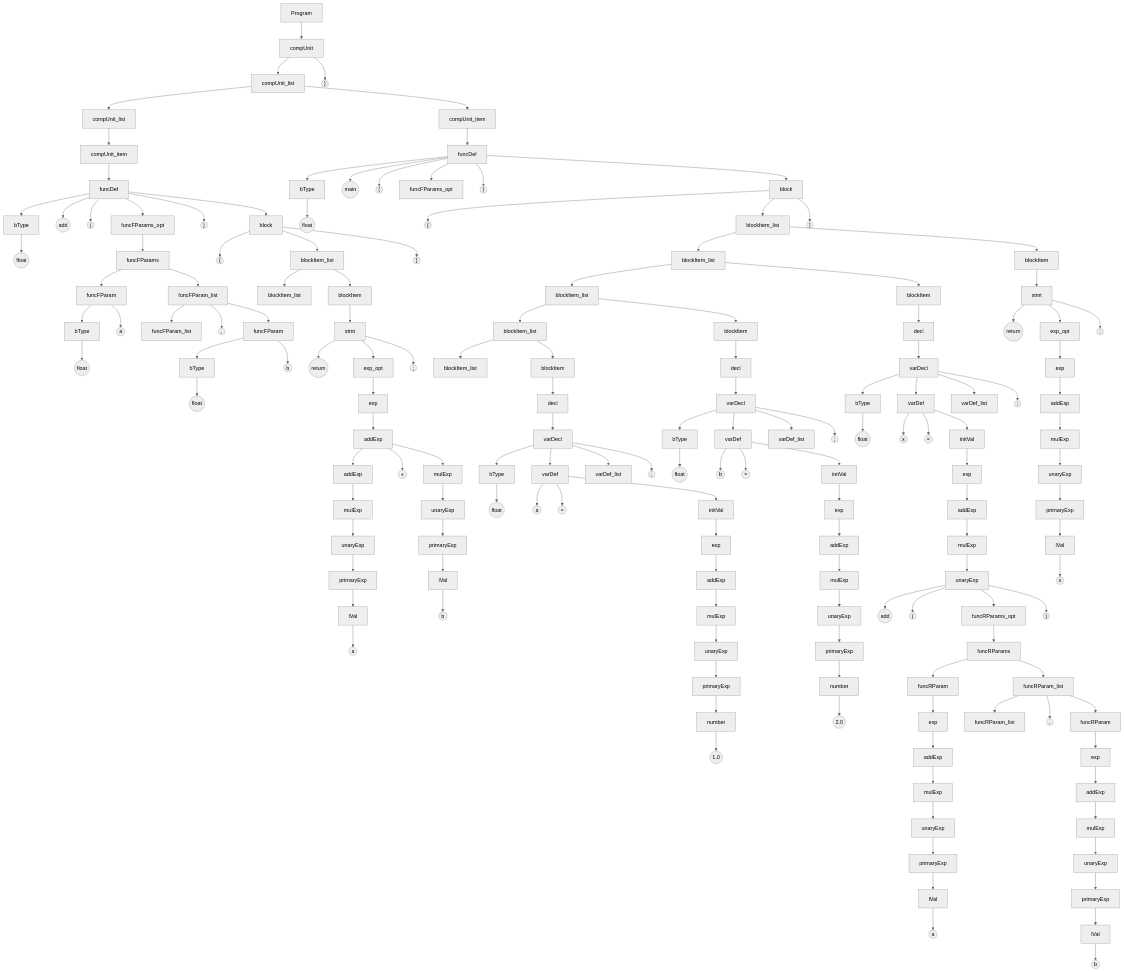
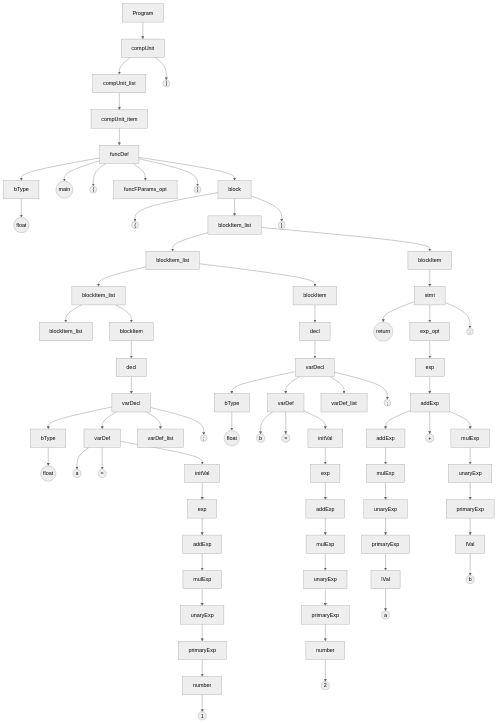
The diagram in case/testflo_parse_tree.md (Bobchasm/SLR1-compiler), drawn with Mermaid (neutral theme) before and after one commit. The commit also changed 5 other files, not shown here.

````diff
--- a/case/testflo_parse_tree.md
+++ b/case/testflo_parse_tree.md
@@ -5,302 +5,146 @@
     N0 --> N1
     N2[compUnit_list]
     N1 --> N2
-    N3[compUnit_list]
+    N3[compUnit_item]
     N2 --> N3
-    N4[compUnit_item]
+    N4[funcDef]
     N3 --> N4
-    N5[funcDef]
+    N5[bType]
     N4 --> N5
-    N6[bType]
+    N6(("float"))
     N5 --> N6
-    N7(("float"))
-    N6 --> N7
-    N8(("add"))
-    N5 --> N8
-    N9(("("))
-    N5 --> N9
-    N10[funcFParams_opt]
-    N5 --> N10
-    N11[funcFParams]
-    N10 --> N11
-    N12[funcFParam]
+    N7(("main"))
+    N4 --> N7
+    N8(("("))
+    N4 --> N8
+    N9[funcFParams_opt]
+    N4 --> N9
+    N10((")"))
+    N4 --> N10
+    N11[block]
+    N4 --> N11
+    N12(("{"))
     N11 --> N12
-    N13[bType]
-    N12 --> N13
-    N14(("float"))
+    N13[blockItem_list]
+    N11 --> N13
+    N14[blockItem_list]
     N13 --> N14
-    N15(("a"))
-    N12 --> N15
-    N16[funcFParam_list]
-    N11 --> N16
-    N17[funcFParam_list]
-    N16 --> N17
-    N18((","))
-    N16 --> N18
-    N19[funcFParam]
-    N16 --> N19
+    N15[blockItem_list]
+    N14 --> N15
+    N16[blockItem_list]
+    N15 --> N16
+    N17[blockItem]
+    N15 --> N17
+    N18[decl]
+    N17 --> N18
+    N19[varDecl]
+    N18 --> N19
     N20[bType]
     N19 --> N20
     N21(("float"))
     N20 --> N21
-    N22(("b"))
+    N22[varDef]
     N19 --> N22
-    N23((")"))
-    N5 --> N23
-    N24[block]
-    N5 --> N24
-    N25(("{"))
-    N24 --> N25
-    N26[blockItem_list]
-    N24 --> N26
-    N27[blockItem_list]
+    N23(("a"))
+    N22 --> N23
+    N24(("="))
+    N22 --> N24
+    N25[initVal]
+    N22 --> N25
+    N26[exp]
+    N25 --> N26
+    N27[addExp]
     N26 --> N27
-    N28[blockItem]
-    N26 --> N28
-    N29[stmt]
+    N28[mulExp]
+    N27 --> N28
+    N29[unaryExp]
     N28 --> N29
-    N30(("return"))
+    N30[primaryExp]
     N29 --> N30
-    N31[exp_opt]
-    N29 --> N31
-    N32[exp]
+    N31[number]
+    N30 --> N31
+    N32(("1"))
     N31 --> N32
-    N33[addExp]
-    N32 --> N33
-    N34[addExp]
-    N33 --> N34
-    N35[mulExp]
-    N34 --> N35
-    N36[unaryExp]
+    N33[varDef_list]
+    N19 --> N33
+    N34((";"))
+    N19 --> N34
+    N35[blockItem]
+    N14 --> N35
+    N36[decl]
     N35 --> N36
-    N37[primaryExp]
+    N37[varDecl]
     N36 --> N37
-    N38[lVal]
+    N38[bType]
     N37 --> N38
-    N39(("a"))
+    N39(("float"))
     N38 --> N39
-    N40(("+"))
-    N33 --> N40
-    N41[mulExp]
-    N33 --> N41
-    N42[unaryExp]
-    N41 --> N42
-    N43[primaryExp]
-    N42 --> N43
-    N44[lVal]
+    N40[varDef]
+    N37 --> N40
+    N41(("b"))
+    N40 --> N41
+    N42(("="))
+    N40 --> N42
+    N43[initVal]
+    N40 --> N43
+    N44[exp]
     N43 --> N44
-    N45(("b"))
+    N45[addExp]
     N44 --> N45
-    N46((";"))
-    N29 --> N46
-    N47(("}"))
-    N24 --> N47
-    N48[compUnit_item]
-    N2 --> N48
-    N49[funcDef]
+    N46[mulExp]
+    N45 --> N46
+    N47[unaryExp]
+    N46 --> N47
+    N48[primaryExp]
+    N47 --> N48
+    N49[number]
     N48 --> N49
-    N50[bType]
+    N50(("2"))
     N49 --> N50
-    N51(("float"))
-    N50 --> N51
-    N52(("main"))
-    N49 --> N52
-    N53(("("))
-    N49 --> N53
-    N54[funcFParams_opt]
-    N49 --> N54
-    N55((")"))
-    N49 --> N55
-    N56[block]
-    N49 --> N56
-    N57(("{"))
+    N51[varDef_list]
+    N37 --> N51
+    N52((";"))
+    N37 --> N52
+    N53[blockItem]
+    N13 --> N53
+    N54[stmt]
+    N53 --> N54
+    N55(("return"))
+    N54 --> N55
+    N56[exp_opt]
+    N54 --> N56
+    N57[exp]
     N56 --> N57
-    N58[blockItem_list]
-    N56 --> N58
-    N59[blockItem_list]
+    N58[addExp]
+    N57 --> N58
+    N59[addExp]
     N58 --> N59
-    N60[blockItem_list]
+    N60[mulExp]
     N59 --> N60
-    N61[blockItem_list]
+    N61[unaryExp]
     N60 --> N61
-    N62[blockItem_list]
+    N62[primaryExp]
     N61 --> N62
-    N63[blockItem]
-    N61 --> N63
-    N64[decl]
+    N63[lVal]
+    N62 --> N63
+    N64(("a"))
     N63 --> N64
-    N65[varDecl]
-    N64 --> N65
-    N66[bType]
-    N65 --> N66
-    N67(("float"))
+    N65(("+"))
+    N58 --> N65
+    N66[mulExp]
+    N58 --> N66
+    N67[unaryExp]
     N66 --> N67
-    N68[varDef]
-    N65 --> N68
-    N69(("a"))
+    N68[primaryExp]
+    N67 --> N68
+    N69[lVal]
     N68 --> N69
-    N70(("="))
-    N68 --> N70
-    N71[initVal]
-    N68 --> N71
-    N72[exp]
-    N71 --> N72
-    N73[addExp]
-    N72 --> N73
-    N74[mulExp]
-    N73 --> N74
-    N75[unaryExp]
-    N74 --> N75
-    N76[primaryExp]
-    N75 --> N76
-    N77[number]
-    N76 --> N77
-    N78(("1.0"))
-    N77 --> N78
-    N79[varDef_list]
-    N65 --> N79
-    N80((";"))
-    N65 --> N80
-    N81[blockItem]
-    N60 --> N81
-    N82[decl]
-    N81 --> N82
-    N83[varDecl]
-    N82 --> N83
-    N84[bType]
-    N83 --> N84
-    N85(("float"))
-    N84 --> N85
-    N86[varDef]
-    N83 --> N86
-    N87(("b"))
-    N86 --> N87
-    N88(("="))
-    N86 --> N88
-    N89[initVal]
-    N86 --> N89
-    N90[exp]
-    N89 --> N90
-    N91[addExp]
-    N90 --> N91
-    N92[mulExp]
-    N91 --> N92
-    N93[unaryExp]
-    N92 --> N93
-    N94[primaryExp]
-    N93 --> N94
-    N95[number]
-    N94 --> N95
-    N96(("2.0"))
-    N95 --> N96
-    N97[varDef_list]
-    N83 --> N97
-    N98((";"))
-    N83 --> N98
-    N99[blockItem]
-    N59 --> N99
-    N100[decl]
-    N99 --> N100
-    N101[varDecl]
-    N100 --> N101
-    N102[bType]
-    N101 --> N102
-    N103(("float"))
-    N102 --> N103
-    N104[varDef]
-    N101 --> N104
-    N105(("x"))
-    N104 --> N105
-    N106(("="))
-    N104 --> N106
-    N107[initVal]
-    N104 --> N107
-    N108[exp]
-    N107 --> N108
-    N109[addExp]
-    N108 --> N109
-    N110[mulExp]
-    N109 --> N110
-    N111[unaryExp]
-    N110 --> N111
-    N112(("add"))
-    N111 --> N112
-    N113(("("))
-    N111 --> N113
-    N114[funcRParams_opt]
-    N111 --> N114
-    N115[funcRParams]
-    N114 --> N115
-    N116[funcRParam]
-    N115 --> N116
-    N117[exp]
-    N116 --> N117
-    N118[addExp]
-    N117 --> N118
-    N119[mulExp]
-    N118 --> N119
-    N120[unaryExp]
-    N119 --> N120
-    N121[primaryExp]
-    N120 --> N121
-    N122[lVal]
-    N121 --> N122
-    N123(("a"))
-    N122 --> N123
-    N124[funcRParam_list]
-    N115 --> N124
-    N125[funcRParam_list]
-    N124 --> N125
-    N126((","))
-    N124 --> N126
-    N127[funcRParam]
-    N124 --> N127
-    N128[exp]
-    N127 --> N128
-    N129[addExp]
-    N128 --> N129
-    N130[mulExp]
-    N129 --> N130
-    N131[unaryExp]
-    N130 --> N131
-    N132[primaryExp]
-    N131 --> N132
-    N133[lVal]
-    N132 --> N133
-    N134(("b"))
-    N133 --> N134
-    N135((")"))
-    N111 --> N135
-    N136[varDef_list]
-    N101 --> N136
-    N137((";"))
-    N101 --> N137
-    N138[blockItem]
-    N58 --> N138
-    N139[stmt]
-    N138 --> N139
-    N140(("return"))
-    N139 --> N140
-    N141[exp_opt]
-    N139 --> N141
-    N142[exp]
-    N141 --> N142
-    N143[addExp]
-    N142 --> N143
-    N144[mulExp]
-    N143 --> N144
-    N145[unaryExp]
-    N144 --> N145
-    N146[primaryExp]
-    N145 --> N146
-    N147[lVal]
-    N146 --> N147
-    N148(("x"))
-    N147 --> N148
-    N149((";"))
-    N139 --> N149
-    N150(("}"))
-    N56 --> N150
-    N151(("}"))
-    N1 --> N151
+    N70(("b"))
+    N69 --> N70
+    N71((";"))
+    N54 --> N71
+    N72(("}"))
+    N11 --> N72
+    N73(("}"))
+    N1 --> N73
 ```
````
